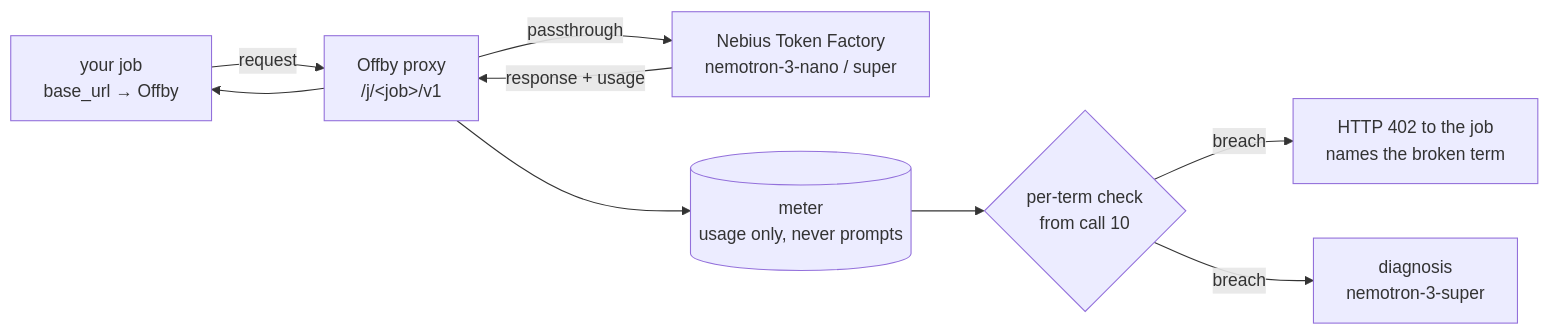
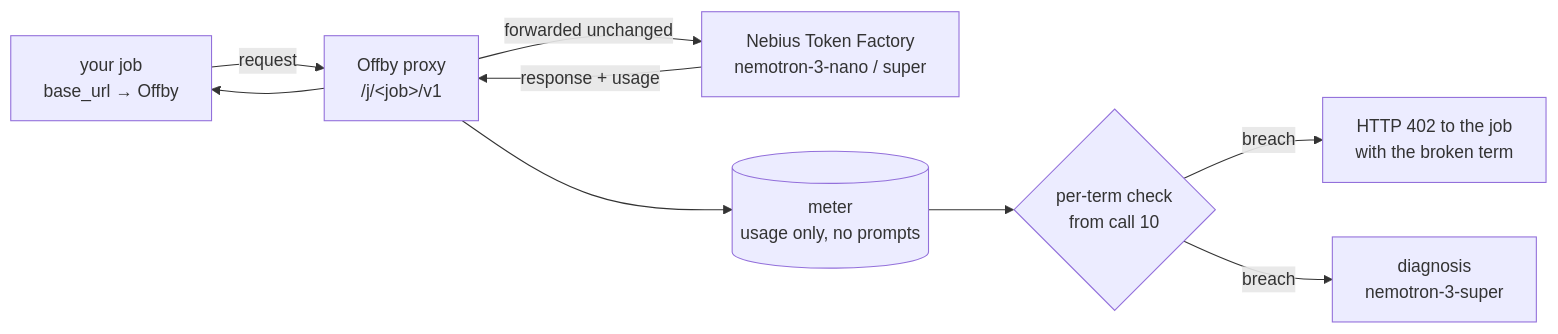
One commit to dejaikeem/offby changed the diagram in docs/README.en.md. Above: the diagram before and after it, drawn with Mermaid. The commit also changed other lines of this file and 19 other files, not shown here.

````diff
--- a/docs/README.en.md
+++ b/docs/README.en.md
@@ -29,10 +46,10 @@
 ```mermaid
 flowchart LR
   J[your job<br/>base_url → Offby] -->|request| P[Offby proxy<br/>/j/&lt;job&gt;/v1]
-  P -->|passthrough| TF[Nebius Token Factory<br/>nemotron-3-nano / super]
+  P -->|forwarded unchanged| TF[Nebius Token Factory<br/>nemotron-3-nano / super]
   TF -->|response + usage| P --> J
-  P --> M[(meter<br/>usage only, never prompts)]
+  P --> M[(meter<br/>usage only, no prompts)]
   M --> B{per-term check<br/>from call 10}
-  B -->|breach| H[HTTP 402 to the job<br/>names the broken term]
+  B -->|breach| H[HTTP 402 to the job<br/>with the broken term]
   B -->|breach| D[diagnosis<br/>nemotron-3-super]
 ```
````
